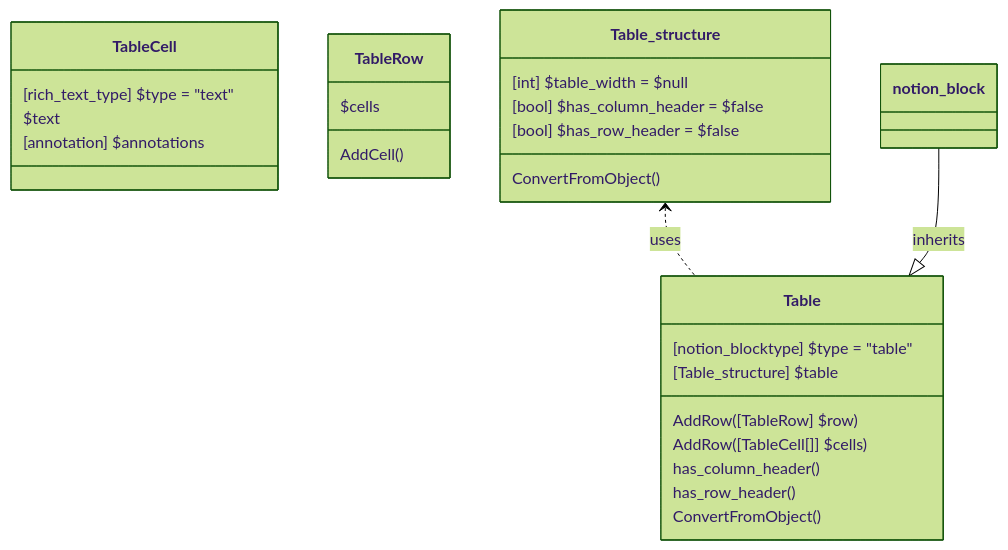
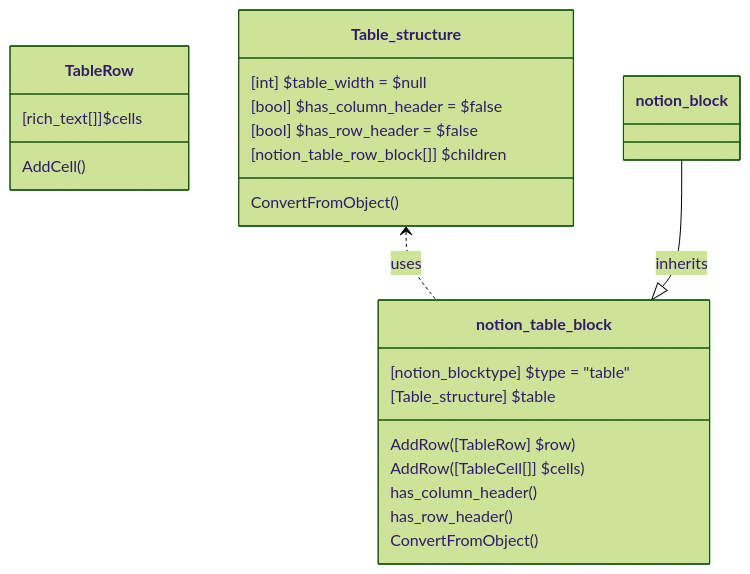
The diagram in source/WikiSource/Classes/Block/27.99_Table.md (fasteiner/Notion), drawn with Mermaid (forest theme) before and after one commit. The commit also changed other lines of this file and 80 other files, not shown here.

````diff
--- a/source/WikiSource/Classes/Block/27.99_Table.md
+++ b/source/WikiSource/Classes/Block/27.99_Table.md
@@ -5,33 +5,29 @@
 ```mermaid
 classDiagram
-    class TableCell {
-        [rich_text_type] $type = "text"
-        $text
-        [annotation] $annotations
-    }
 
     class TableRow {
-        $cells
+        [rich_text[]]$cells
         AddCell()
     }
 
     class Table_structure {
         [int] $table_width = $null
         [bool] $has_column_header = $false
         [bool] $has_row_header = $false
+        [notion_table_row_block[]] $children
         ConvertFromObject()
     }
     
-    class Table {
+    class notion_table_block {
         [notion_blocktype] $type = "table"
         [Table_structure] $table
         AddRow ([TableRow] $row)
         AddRow ([TableCell[]] $cells)
         has_column_header ()
         has_row_header ()
         ConvertFromObject()
     }
-    `Table_structure` <.. `Table`:uses
-    `notion_block` --|> `Table`:inherits
+    `Table_structure` <.. `notion_table_block`:uses
+    `notion_block` --|> `notion_table_block`:inherits
 
 ```
````
